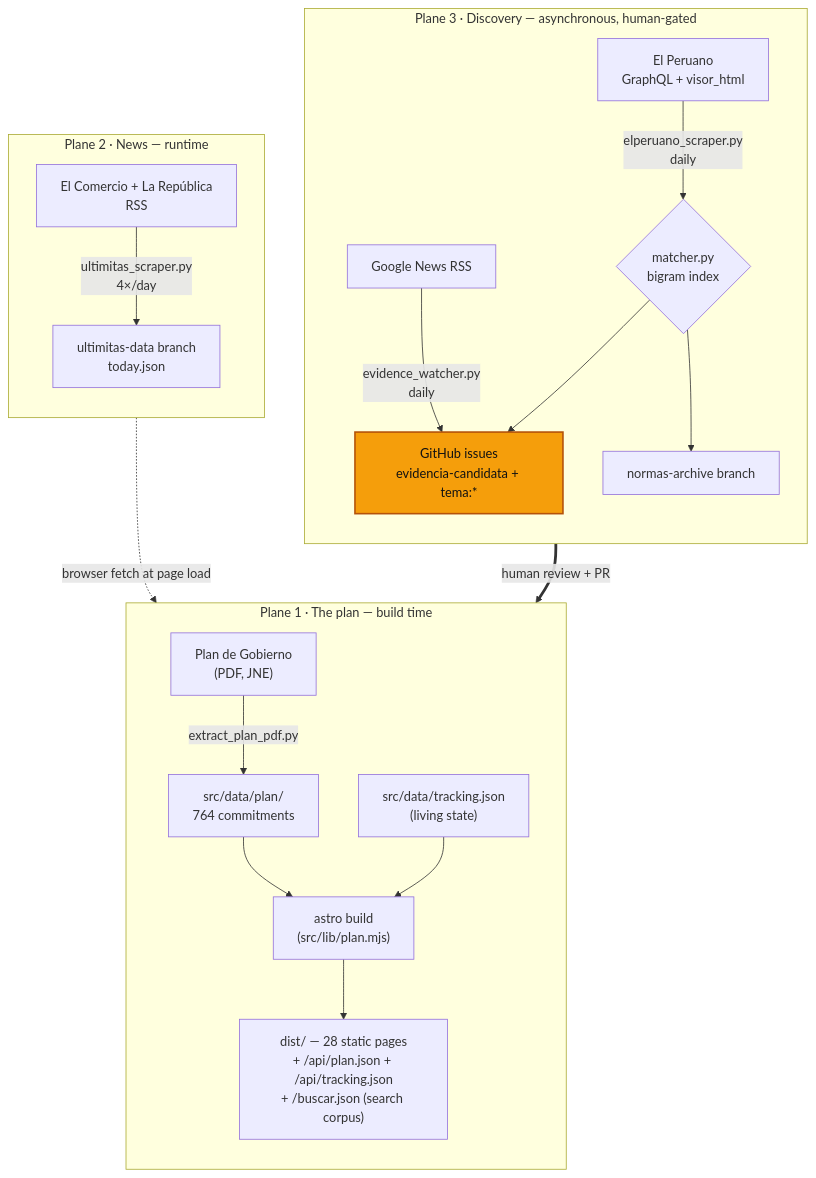
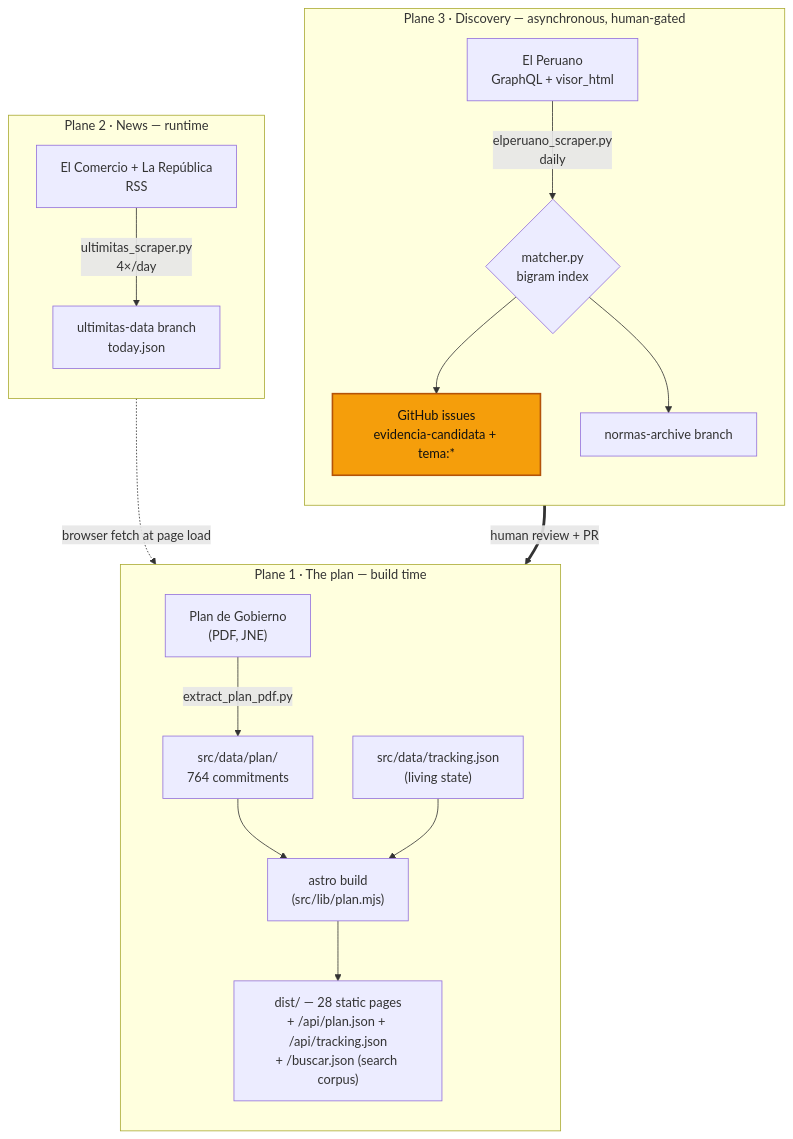
One commit to DianCotrina/keikogobierna changed the diagram in docs/ARCHITECTURE.md. Above: the diagram before and after it, drawn with Mermaid. The commit also changed other lines of this file and 7 other files, not shown here.

First line of the commit message:
chore: retire the Google News evidence watcher

````diff
--- a/docs/ARCHITECTURE.md
+++ b/docs/ARCHITECTURE.md
@@ -11,30 +11,29 @@
 ```mermaid
 flowchart TB
     subgraph P3["Plane 3 · Discovery — asynchronous, human-gated"]
         direction TB
         EP["El Peruano<br/>GraphQL + visor_html"] -->|"elperuano_scraper.py<br/>daily"| MATCH{"matcher.py<br/>bigram index"}
-        GN["Google News RSS"] -->|"evidence_watcher.py<br/>daily"| ISSUES
         MATCH --> ISSUES["GitHub issues<br/>evidencia-candidata + tema:*"]
         MATCH --> ARCH["normas-archive branch"]
     end
 
     subgraph P2["Plane 2 · News — runtime"]
         direction TB
         EC["El Comercio + La República<br/>RSS"] -->|"ultimitas_scraper.py<br/>4×/day"| UD["ultimitas-data branch<br/>today.json"]
     end
 
     subgraph P1["Plane 1 · The plan — build time"]
         direction TB
         PDF["Plan de Gobierno<br/>(PDF, JNE)"] -->|"extract_plan_pdf.py"| PLAN["src/data/plan/<br/>764 commitments"]
         TRACK["src/data/tracking.json<br/>(living state)"]
         PLAN --> BUILD["astro build<br/>(src/lib/plan.mjs)"]
         TRACK --> BUILD
         BUILD --> DIST["dist/ — 28 static pages<br/>+ /api/plan.json + /api/tracking.json<br/>+ /buscar.json (search corpus)"]
     end
 
     ISSUES ==>|"human review + PR"| TRACK
     UD -.->|"browser fetch at page load"| DIST
 
     classDef human fill:#f59e0b,stroke:#b45309,stroke-width:2px,color:#111
     class ISSUES human
 ```
````
